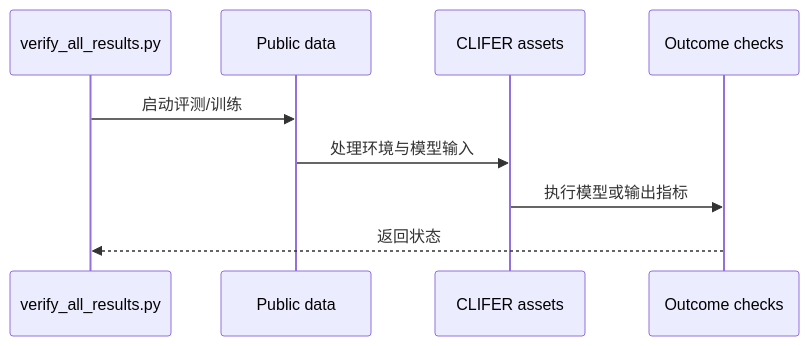
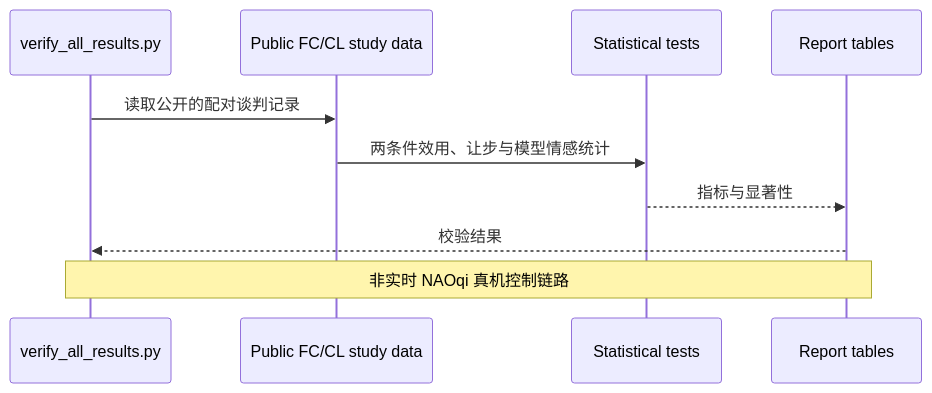
Before and after one commit to ImChong/Robotics_Notebooks: the second of 2 diagrams in wiki/entities/paper-affective-negotiation.md, drawn with Mermaid. The commit also changed other lines of this file and 6 other files, not shown here.

`````diff
--- a/wiki/entities/paper-affective-negotiation.md
+++ b/wiki/entities/paper-affective-negotiation.md
@@ -81,11 +81,12 @@
 ```mermaid
 sequenceDiagram
-  participant A0 as verify_all_results.py
-  participant A1 as Public data
-  participant A2 as CLIFER assets
-  participant A3 as Outcome checks
-  A0->>A1: 启动评测/训练
-  A1->>A2: 处理环境与模型输入
-  A2->>A3: 执行模型或输出指标
-  A3-->>A0: 返回状态
-````
+  participant CLI as verify_all_results.py
+  participant DATA as Public FC/CL study data
+  participant STATS as Statistical tests
+  participant OUT as Report tables
+  CLI->>DATA: 读取公开的配对谈判记录
+  DATA->>STATS: 两条件效用、让步与模型情感统计
+  STATS-->>OUT: 指标与显著性
+  OUT-->>CLI: 校验结果
+  Note over CLI,OUT: 非实时 NAOqi 真机控制链路
+```
`````
